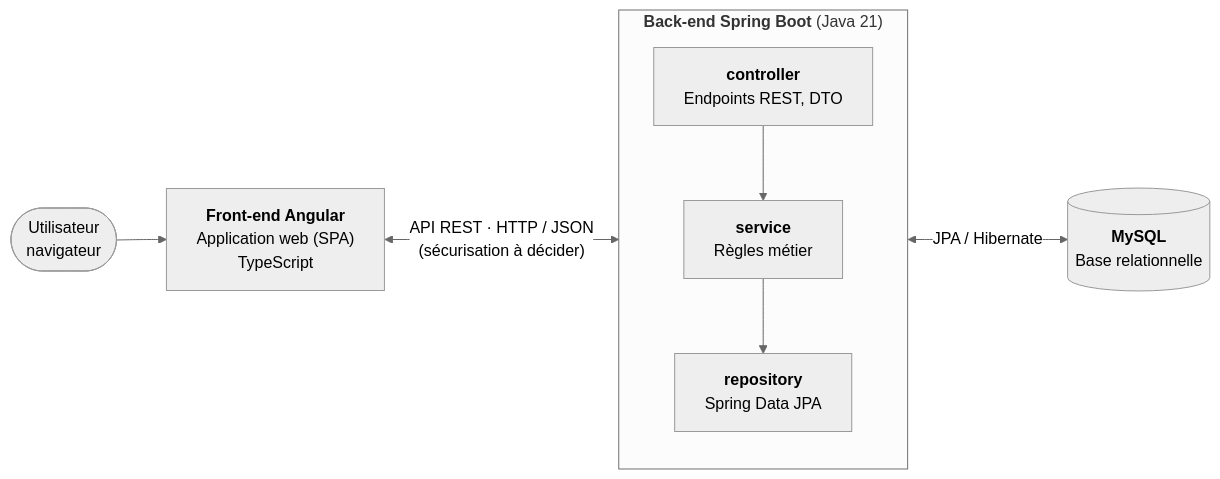
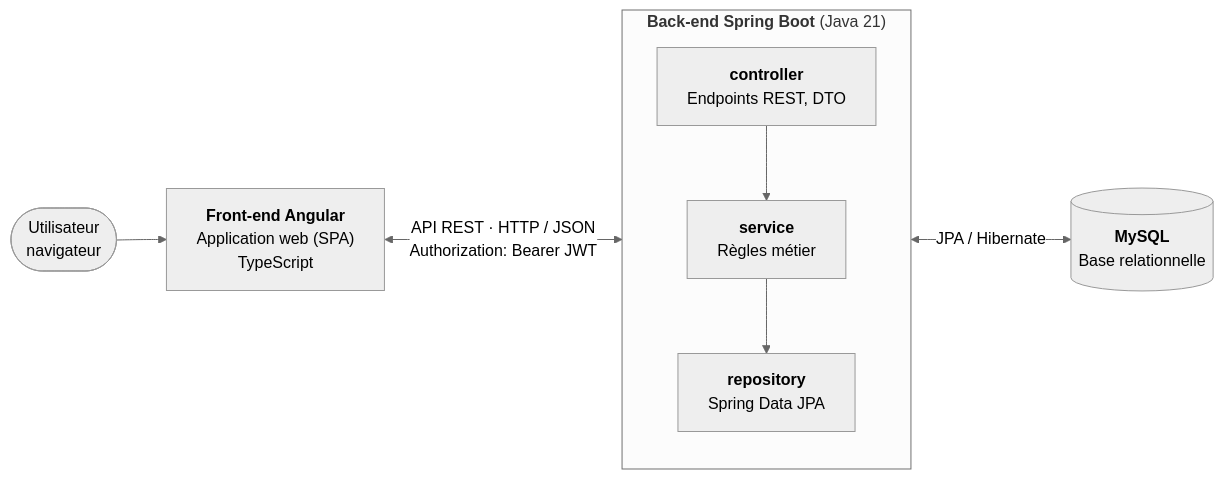
The diagram in JUSTIFICATION_CHOIX_TECHNIQUES.md (BenLen0826/openclassroom_projet_5), drawn with Mermaid (neutral theme) before and after one commit. The commit also changed other lines of this file, not shown here.

Commit message:
PROJET : doc - sécurité et authentification (Spring Security, JWT, BCrypt)

````diff
--- a/JUSTIFICATION_CHOIX_TECHNIQUES.md
+++ b/JUSTIFICATION_CHOIX_TECHNIQUES.md
@@ -61,15 +61,15 @@
 ```mermaid
 flowchart LR
     U([Utilisateur<br/>navigateur]) --> F
     F["<b>Front-end Angular</b><br/>Application web (SPA)<br/>TypeScript"]
     subgraph B["<b>Back-end Spring Boot</b> (Java 21)"]
         direction TB
         C["<b>controller</b><br/>Endpoints REST, DTO"]
         S["<b>service</b><br/>Règles métier"]
         R["<b>repository</b><br/>Spring Data JPA"]
         C --> S --> R
     end
     D[("<b>MySQL</b><br/>Base relationnelle")]
-    F <-- "API REST · HTTP / JSON<br/>(sécurisation à décider)" --> C
+    F <-- "API REST · HTTP / JSON<br/>Authorization: Bearer JWT" --> C
     R <-- "JPA / Hibernate" --> D
 ```
````
